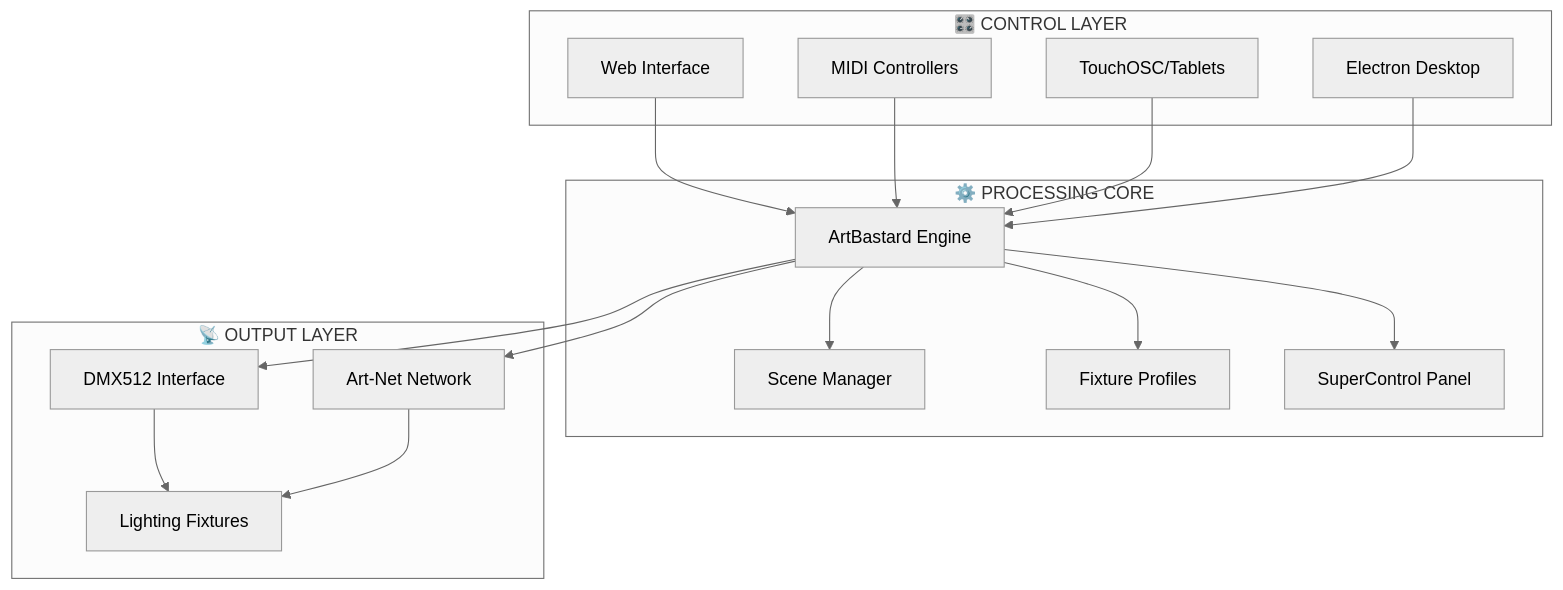
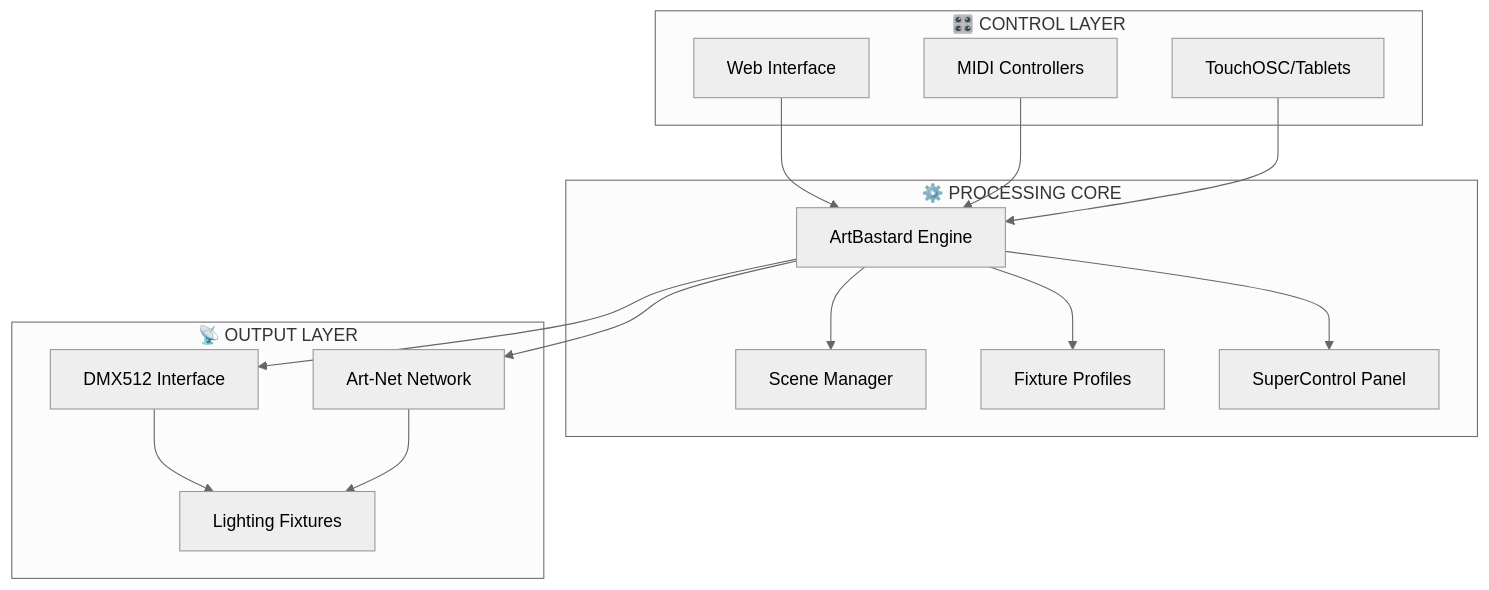
Before and after one commit to aday1/ArtBastard-DMX512: the diagram in README.md, drawn with Mermaid (neutral theme). The commit also changed other lines of this file and 68 other files, not shown here.

````diff
--- a/README.md
+++ b/README.md
@@ -72,34 +86,32 @@
 ```mermaid
 graph TB
     subgraph "🎛️ CONTROL LAYER"
         UI[Web Interface]
         MIDI[MIDI Controllers]
         OSC[TouchOSC/Tablets]
-        Electron[Electron Desktop]
     end
     
     subgraph "⚙️ PROCESSING CORE"
         Engine[ArtBastard Engine]
         Scenes[Scene Manager]
         Fixtures[Fixture Profiles]
         SuperControl[SuperControl Panel]
     end
     
     subgraph "📡 OUTPUT LAYER"
         DMX[DMX512 Interface]
         ArtNet[Art-Net Network]
         Lights[Lighting Fixtures]
     end
     
     UI --> Engine
     MIDI --> Engine
     OSC --> Engine
-    Electron --> Engine
     Engine --> Scenes
     Engine --> Fixtures
     Engine --> SuperControl
     Engine --> DMX
     Engine --> ArtNet
     DMX --> Lights
     ArtNet --> Lights
 ```
````
